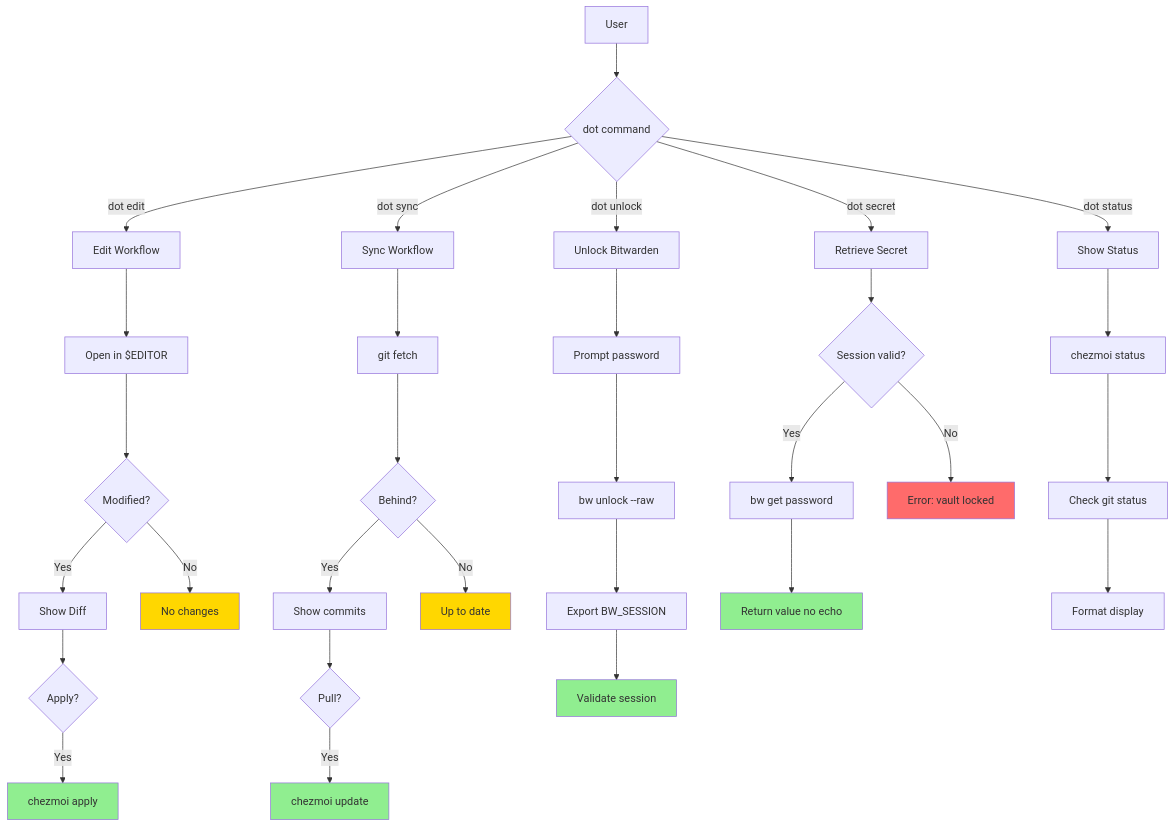
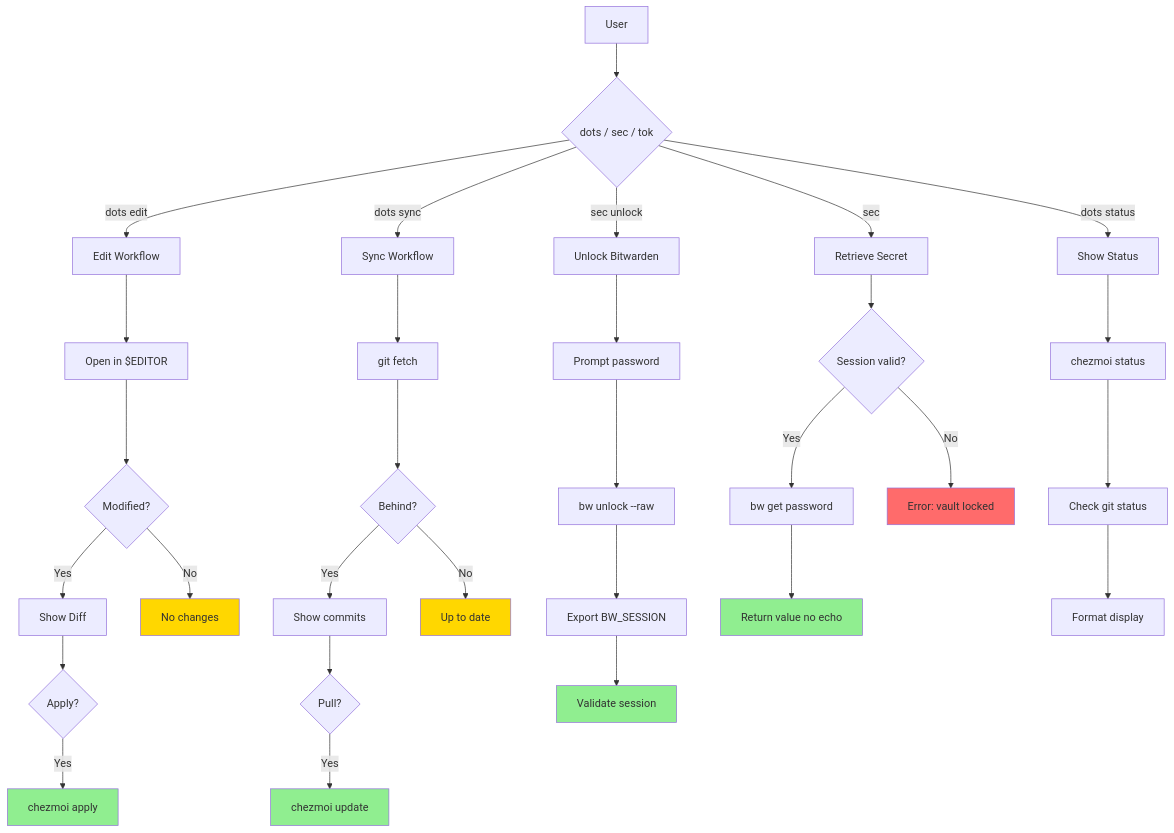
The diagram in docs/guides/DOTFILE-MANAGEMENT.md (Data-Wise/flow-cli), drawn with Mermaid before and after one commit. The commit also changed other lines of this file and 91 other files, not shown here.

First line of the commit message:
feat: split dot dispatcher into dots, sec, tok (#381)

````diff
--- a/docs/guides/DOTFILE-MANAGEMENT.md
+++ b/docs/guides/DOTFILE-MANAGEMENT.md
@@ -76,46 +76,46 @@
 ```mermaid
 flowchart TD
-    A[User] --> B{dot command}
+    A[User] --> B{dots / sec / tok}
 
-    B -->|dot status| C[Show Status]
-    B -->|dot edit| D[Edit Workflow]
-    B -->|dot sync| E[Sync Workflow]
-    B -->|dot unlock| F[Unlock Bitwarden]
-    B -->|dot secret| G[Retrieve Secret]
+    B -->|dots status| C[Show Status]
+    B -->|dots edit| D[Edit Workflow]
+    B -->|dots sync| E[Sync Workflow]
+    B -->|sec unlock| F[Unlock Bitwarden]
+    B -->|sec| G[Retrieve Secret]
 
     D --> D1[Open in $EDITOR]
     D1 --> D2{Modified?}
     D2 -->|Yes| D3[Show Diff]
     D3 --> D4{Apply?}
     D4 -->|Yes| D5[chezmoi apply]
     D2 -->|No| D6[No changes]
 
     E --> E1[git fetch]
     E1 --> E2{Behind?}
     E2 -->|Yes| E3[Show commits]
     E3 --> E4{Pull?}
     E4 -->|Yes| E5[chezmoi update]
     E2 -->|No| E6[Up to date]
 
     F --> F1[Prompt password]
     F1 --> F2[bw unlock --raw]
     F2 --> F3[Export BW_SESSION]
     F3 --> F4[Validate session]
 
     G --> G1{Session valid?}
     G1 -->|Yes| G2[bw get password]
     G1 -->|No| G3[Error: vault locked]
     G2 --> G4[Return value no echo]
 
     C --> C1[chezmoi status]
     C1 --> C2[Check git status]
     C2 --> C3[Format display]
 
     style D5 fill:#90EE90
     style E5 fill:#90EE90
     style F4 fill:#90EE90
     style G4 fill:#90EE90
     style D6 fill:#FFD700
     style E6 fill:#FFD700
     style G3 fill:#FF6B6B
 ```
````
